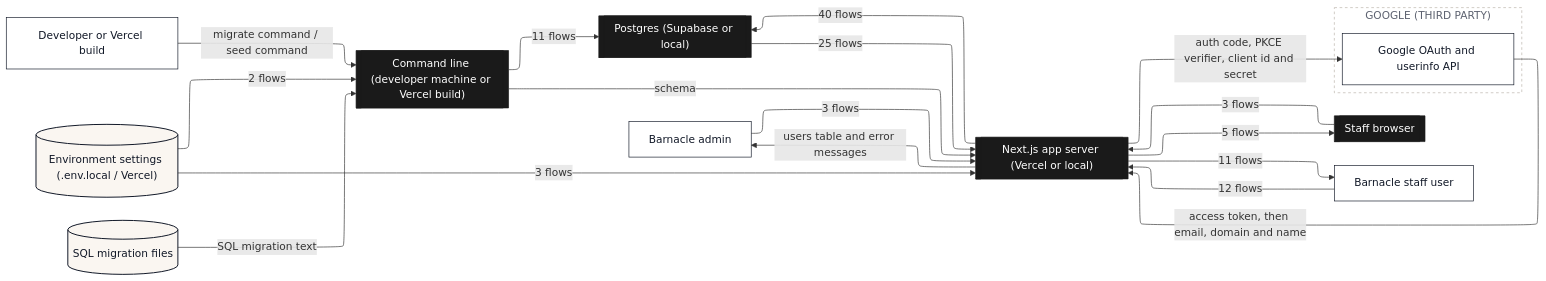
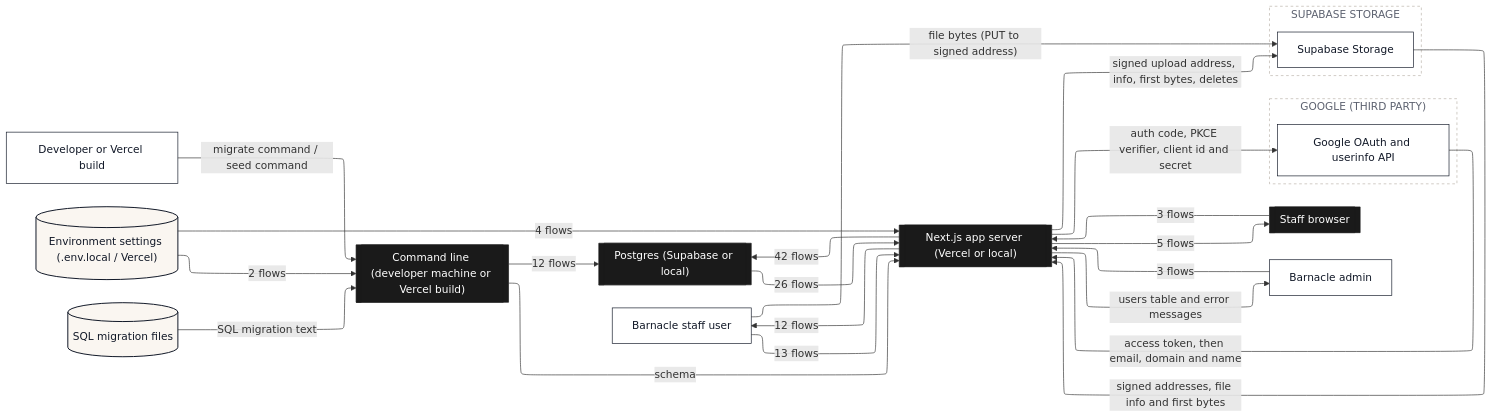
The second of 11 diagrams in dataflow/DATAFLOW.md (Romain-Perche/Barnacle-Pipe), drawn with Mermaid before and after one commit. The commit also changed other lines of this file and 12 other files, not shown here.

````diff
--- a/dataflow/DATAFLOW.md
+++ b/dataflow/DATAFLOW.md
@@ -95,45 +110,52 @@
 ```mermaid
 ---
 config:
   layout: elk
 ---
 flowchart LR
     n1[["Next.js app server (Vercel or local)"]]
     n2[["Staff browser"]]
     n3[["Command line (developer machine or Vercel build)"]]
     n4[["Postgres (Supabase or local)"]]
     n5["Barnacle admin"]
     n6["Developer or Vercel build"]
     n7[("Environment settings (.env.local / Vercel)")]
     n8[("SQL migration files")]
     n9["Barnacle staff user"]
     subgraph z1["GOOGLE (THIRD PARTY)"]
         n10["Google OAuth and userinfo API"]
     end
-    n1 -->|"40 flows"| n4
-    n1 -->|"11 flows"| n9
-    n4 -->|"25 flows"| n1
+    subgraph z2["SUPABASE STORAGE"]
+        n11["Supabase Storage"]
+    end
+    n1 -->|"42 flows"| n4
+    n1 -->|"12 flows"| n9
+    n4 -->|"26 flows"| n1
     n5 -->|"3 flows"| n1
     n2 -->|"3 flows"| n1
     n6 -->|"migrate command / seed command"| n3
-    n7 -->|"3 flows"| n1
+    n7 -->|"4 flows"| n1
     n7 -->|"2 flows"| n3
     n1 -->|"5 flows"| n2
     n1 -->|"auth code, PKCE verifier, client id and secret"| n10
     n10 -->|"access token, then email, domain and name"| n1
-    n3 -->|"11 flows"| n4
+    n3 -->|"12 flows"| n4
     n3 -->|"schema"| n1
     n8 -->|"SQL migration text"| n3
-    n9 -->|"12 flows"| n1
+    n9 -->|"13 flows"| n1
+    n9 -->|"file bytes (PUT to signed address)"| n11
+    n1 -->|"signed upload address, info, first bytes, deletes"| n11
+    n11 -->|"signed addresses, file info and first bytes"| n1
     n1 -->|"users table and error messages"| n5
     classDef actor fill:#FFFFFF,stroke:#111827,stroke-width:1px,color:#111827
     classDef process fill:#EDEAFF,stroke:#2B00FF,stroke-width:1.5px,color:#111827
     classDef store fill:#FAF6F1,stroke:#111827,stroke-width:1.5px,color:#111827
     classDef zone fill:#1A1A1A,stroke:#1A1A1A,color:#FFFFFF
     classDef group fill:#2B00FF,stroke:#2B00FF,color:#FFFFFF
     classDef stub fill:#FFFFFF,stroke:#2B00FF,stroke-width:1.5px,stroke-dasharray:5 4,color:#2B00FF
-    class n5,n6,n9,n10 actor
+    class n5,n6,n9,n10,n11 actor
     class n7,n8 store
     class n1,n2,n3,n4 zone
     style z1 fill:#FFFFFF,stroke:#B9B2A8,stroke-dasharray:4 4,color:#5D6270
+    style z2 fill:#FFFFFF,stroke:#B9B2A8,stroke-dasharray:4 4,color:#5D6270
 ```
````
